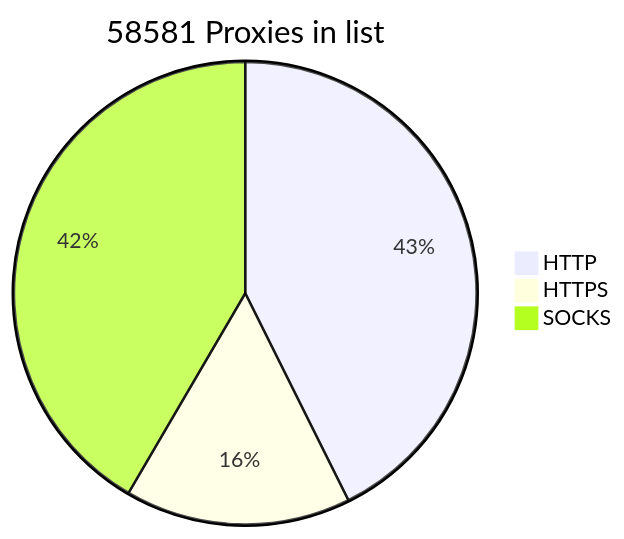
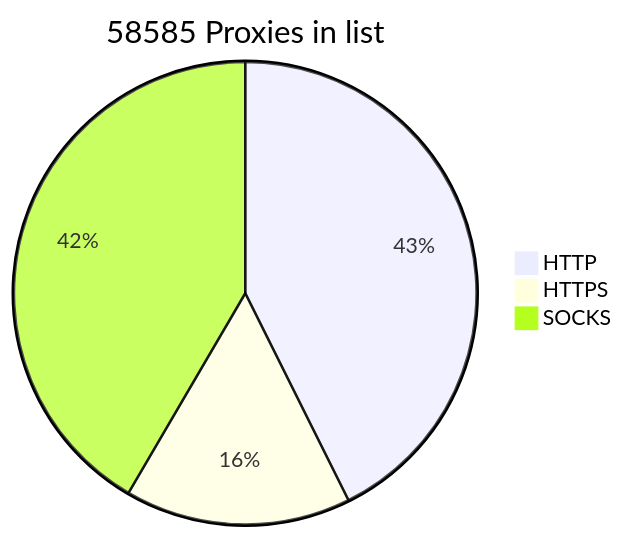
Before and after one commit to BlackSnowDot/proxylist-update-every-minute: the diagram in README.md, drawn with Mermaid.

````diff
--- a/README.md
+++ b/README.md
@@ -2,6 +2,6 @@
 ```mermaid
-pie title 58581 Proxies in list
+pie title 58585 Proxies in list
     "HTTP" : 28530
-    "HTTPS": 10555
+    "HTTPS": 10561
     "SOCKS" : 27822
 ```
````
